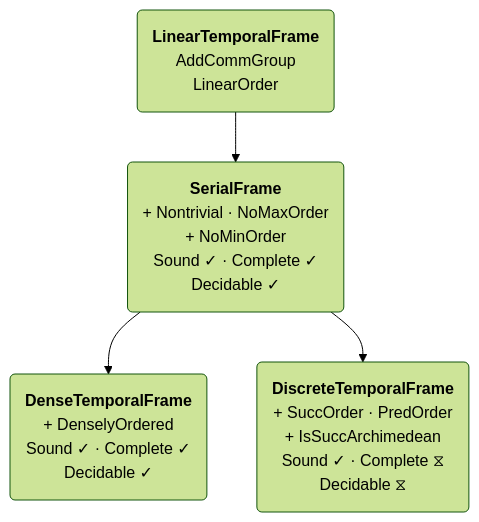
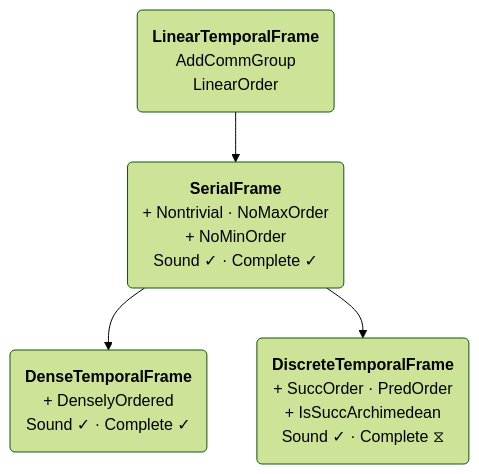
Before and after one commit to benbrastmckie/BimodalLogic: the diagram in README.md, drawn with Mermaid (forest theme). The commit also changed other lines of this file and 2 other files, not shown here.

````diff
--- a/README.md
+++ b/README.md
@@ -129,11 +129,11 @@
 ```mermaid
 graph TD
     L("<b>LinearTemporalFrame</b><br/>AddCommGroup<br/>LinearOrder")
-    S("<b>SerialFrame</b><br/>+ Nontrivial · NoMaxOrder<br/>+ NoMinOrder<br/>Sound ✓ · Complete ✓<br/>Decidable ✓")
-    D("<b>DenseTemporalFrame</b><br/>+ DenselyOrdered<br/>Sound ✓ · Complete ✓<br/>Decidable ✓")
-    Z("<b>DiscreteTemporalFrame</b><br/>+ SuccOrder · PredOrder<br/>+ IsSuccArchimedean<br/>Sound ✓ · Complete ⧖<br/>Decidable ⧖")
+    S("<b>SerialFrame</b><br/>+ Nontrivial · NoMaxOrder<br/>+ NoMinOrder<br/>Sound ✓ · Complete ✓")
+    D("<b>DenseTemporalFrame</b><br/>+ DenselyOrdered<br/>Sound ✓ · Complete ✓")
+    Z("<b>DiscreteTemporalFrame</b><br/>+ SuccOrder · PredOrder<br/>+ IsSuccArchimedean<br/>Sound ✓ · Complete ⧖")
 
     L --> S
     S --> D
     S --> Z
 ```
````
